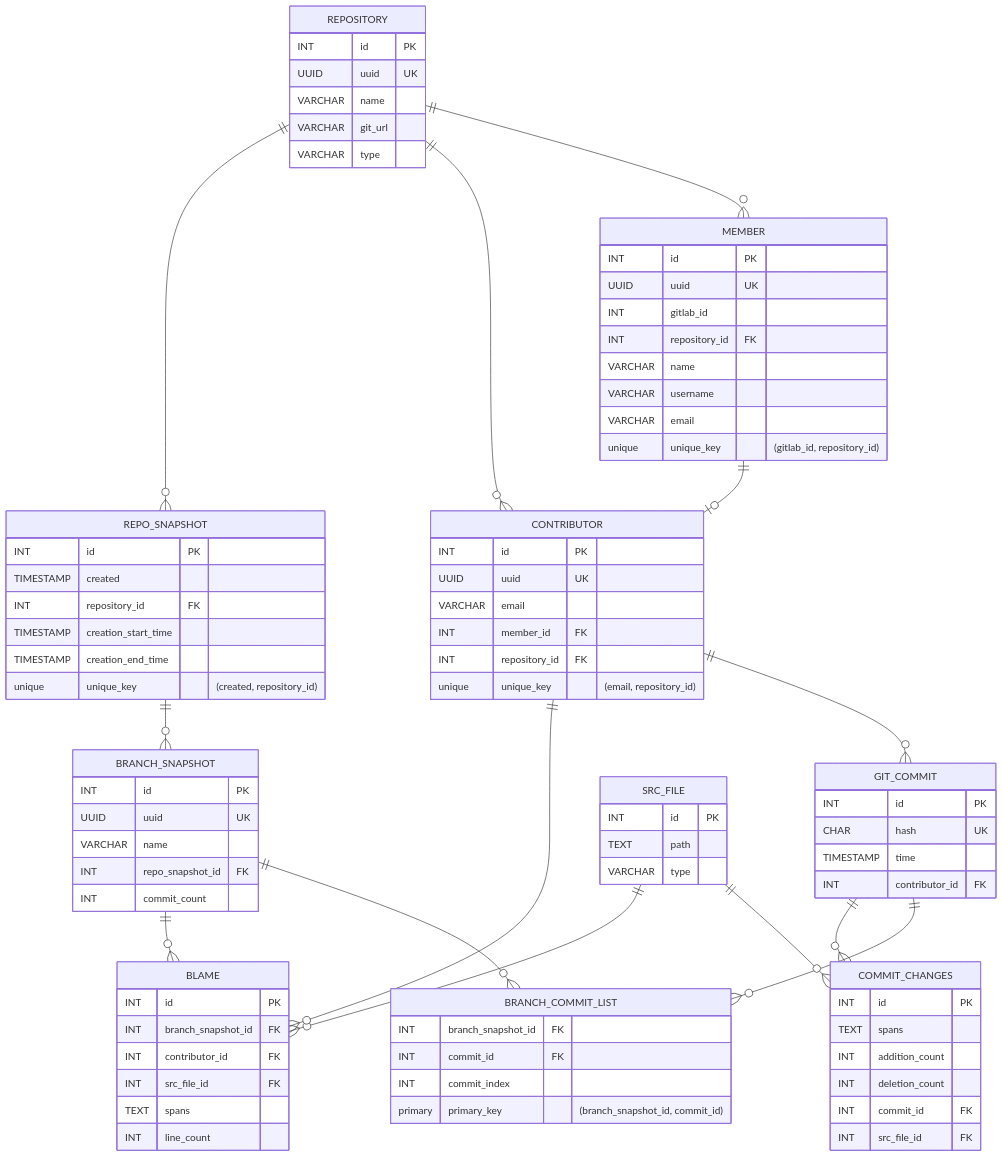
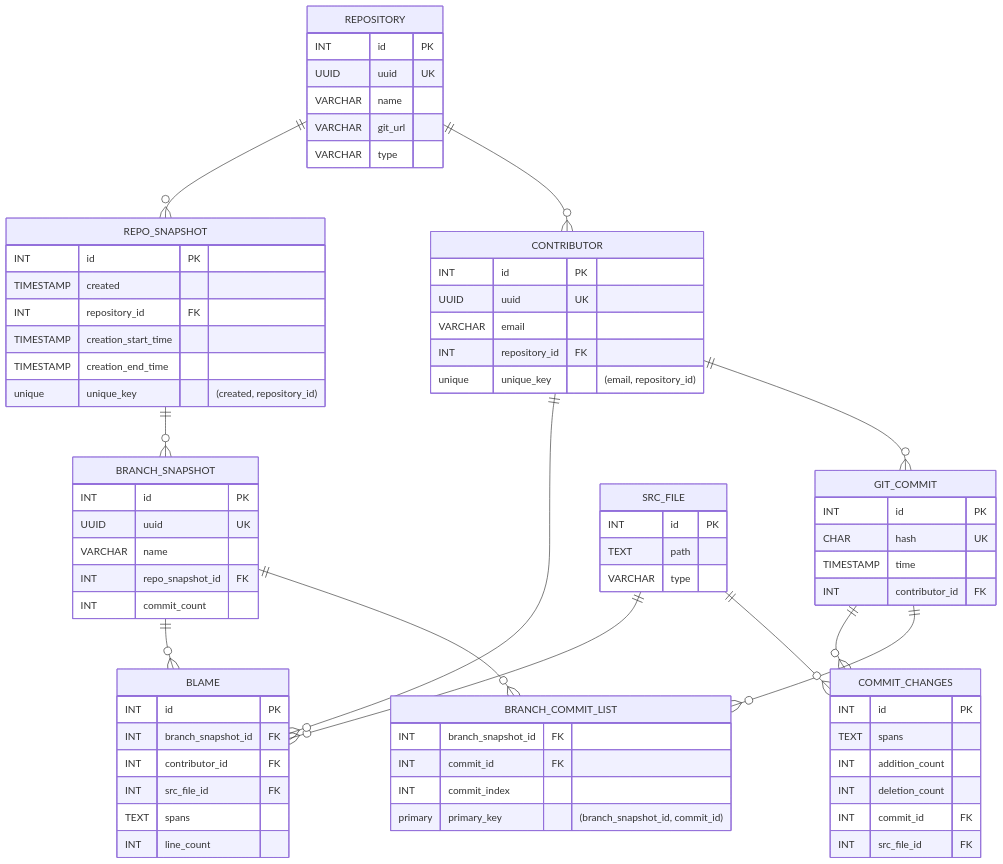
The diagram in src/repo/ReadMe.md (INSO-World/Trinocular), drawn with Mermaid before and after one commit. The commit also changed other lines of this file and 4 other files, not shown here.

````diff
--- a/src/repo/ReadMe.md
+++ b/src/repo/ReadMe.md
@@ -21,21 +21,10 @@
         VARCHAR git_url
         VARCHAR type
     }
-    MEMBER {
-        INT id PK
-        UUID uuid UK
-        INT gitlab_id
-        INT repository_id FK
-        VARCHAR name
-        VARCHAR username
-        VARCHAR email
-        unique unique_key "(gitlab_id, repository_id)"
-    }
     CONTRIBUTOR {
         INT id PK
         UUID uuid UK
         VARCHAR email
-        INT member_id FK
         INT repository_id FK
         unique unique_key "(email, repository_id)"
     }
@@ -88,7 +77,6 @@
         INT line_count
     }
 
-    REPOSITORY ||--o{ MEMBER : ""
     REPOSITORY ||--o{ CONTRIBUTOR : ""
     REPOSITORY ||--o{ REPO_SNAPSHOT : ""
     REPO_SNAPSHOT ||--o{ BRANCH_SNAPSHOT : ""
@@ -100,5 +88,4 @@
     SRC_FILE ||--o{ BLAME : ""
     BRANCH_SNAPSHOT ||--o{ BLAME : ""
     CONTRIBUTOR ||--o{ BLAME : ""
-    MEMBER ||--o| CONTRIBUTOR : ""
 ```
````
